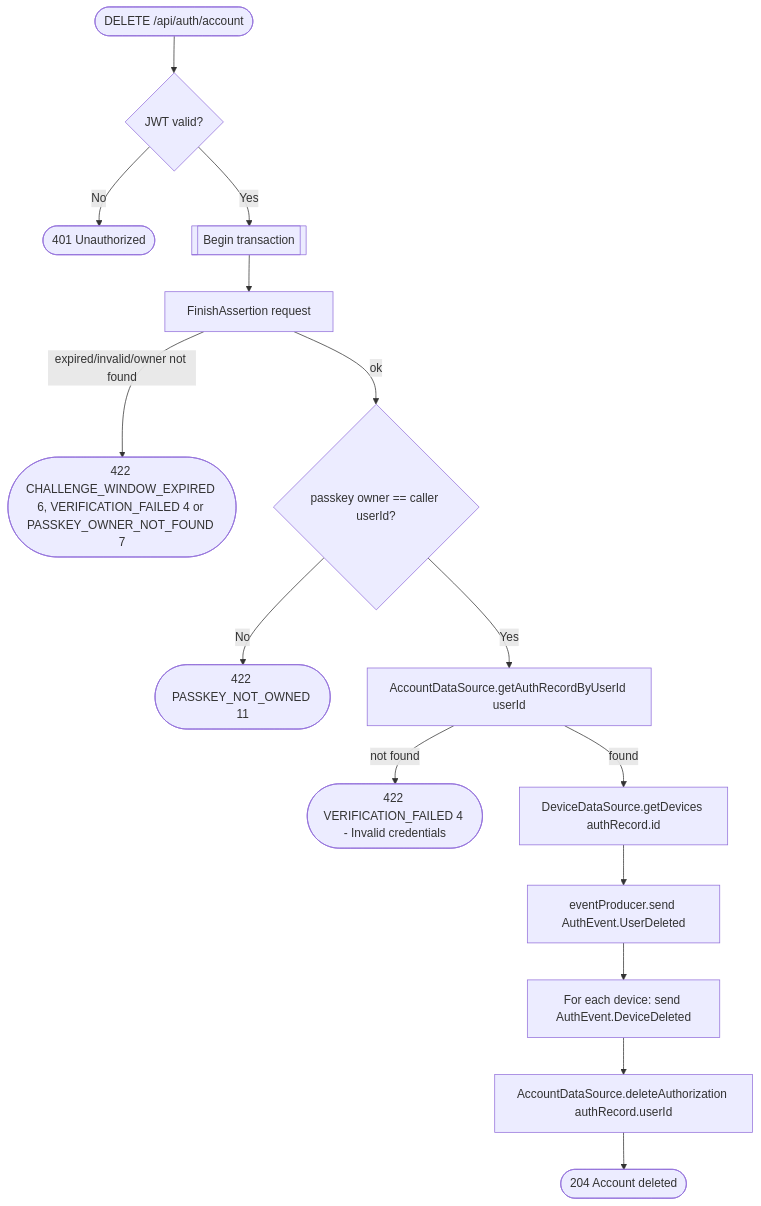
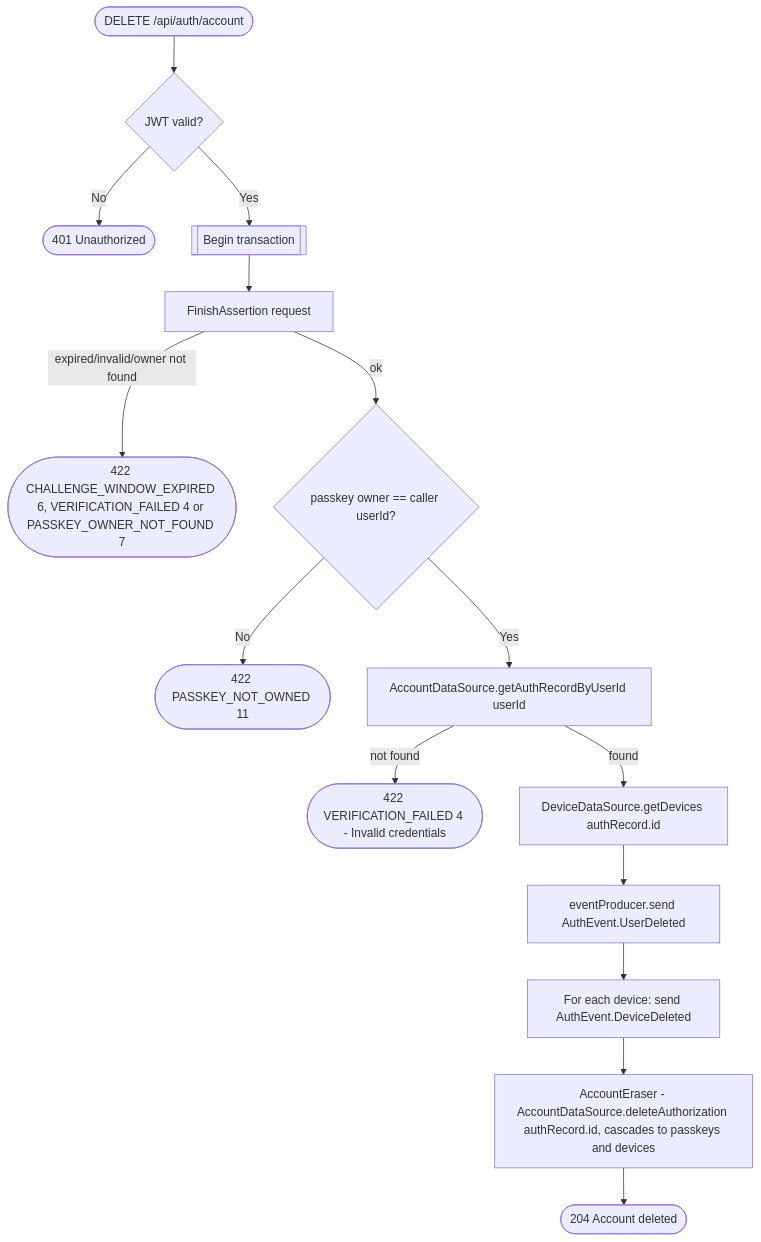
Before and after one commit to nocturneproperties/bookkme: the diagram in docs/operations/authorization/delete-account.md, drawn with Mermaid. The commit also changed 164 other files, not shown here.

````diff
--- a/docs/operations/authorization/delete-account.md
+++ b/docs/operations/authorization/delete-account.md
@@ -13,17 +13,17 @@
 ```mermaid
 flowchart TD
     Start([DELETE /api/auth/account]) --> Auth{JWT valid?}
     Auth -- No --> R401([401 Unauthorized])
     Auth -- Yes --> Tx[[Begin transaction]]
     Tx --> Verify[FinishAssertion request]
     Verify -- expired/invalid/owner not found --> R422a([422 CHALLENGE_WINDOW_EXPIRED 6, VERIFICATION_FAILED 4 or PASSKEY_OWNER_NOT_FOUND 7])
     Verify -- ok --> Owner{passkey owner == caller userId?}
     Owner -- No --> R422c([422 PASSKEY_NOT_OWNED 11])
     Owner -- Yes --> GetAuth[AccountDataSource.getAuthRecordByUserId userId]
     GetAuth -- not found --> R422b([422 VERIFICATION_FAILED 4 - Invalid credentials])
     GetAuth -- found --> GetDevices[DeviceDataSource.getDevices authRecord.id]
     GetDevices --> UserDeletedEvt[eventProducer.send AuthEvent.UserDeleted]
     UserDeletedEvt --> DeviceLoop[For each device: send AuthEvent.DeviceDeleted]
-    DeviceLoop --> DeleteAuth[AccountDataSource.deleteAuthorization authRecord.userId]
+    DeviceLoop --> DeleteAuth[AccountEraser - AccountDataSource.deleteAuthorization authRecord.id, cascades to passkeys and devices]
     DeleteAuth --> R204([204 Account deleted])
 ```
````
